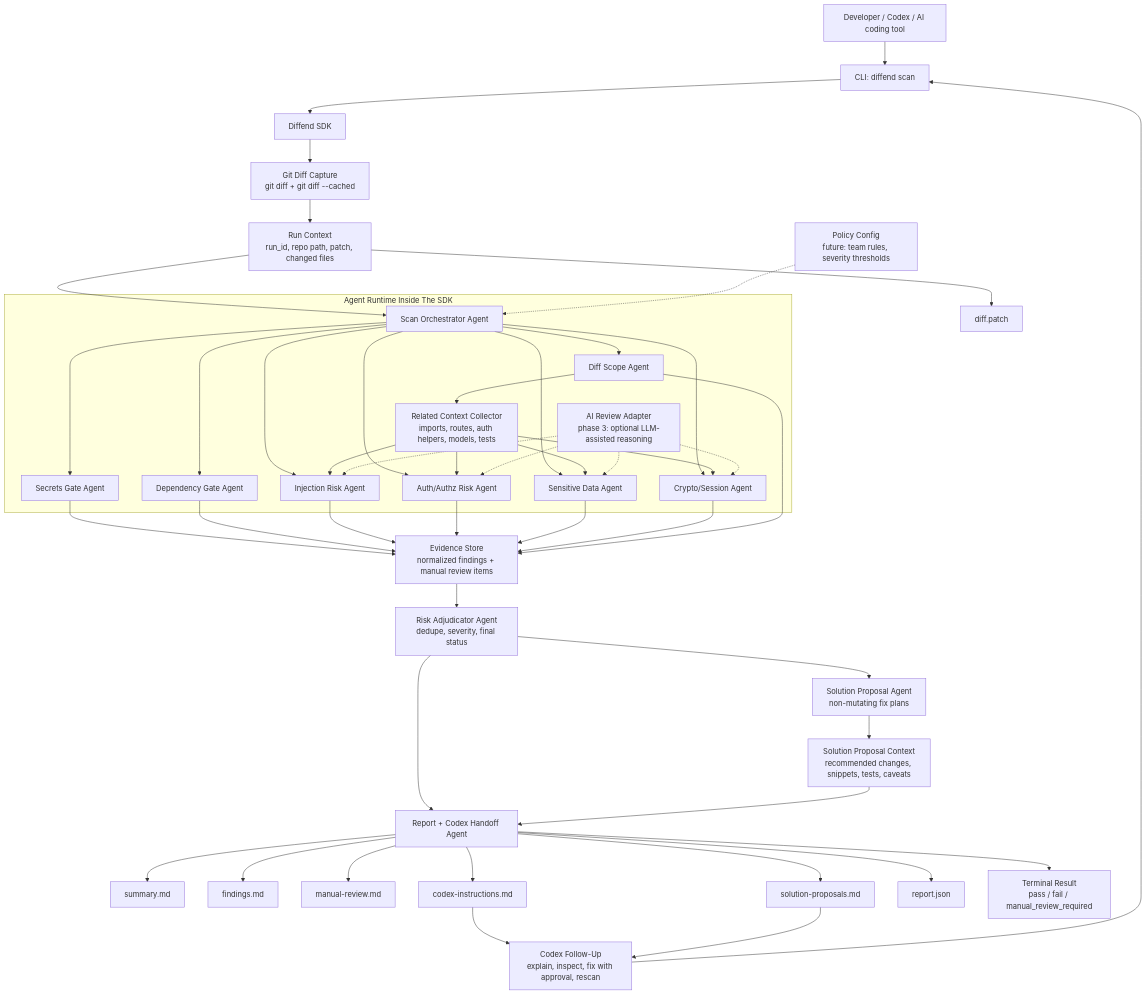
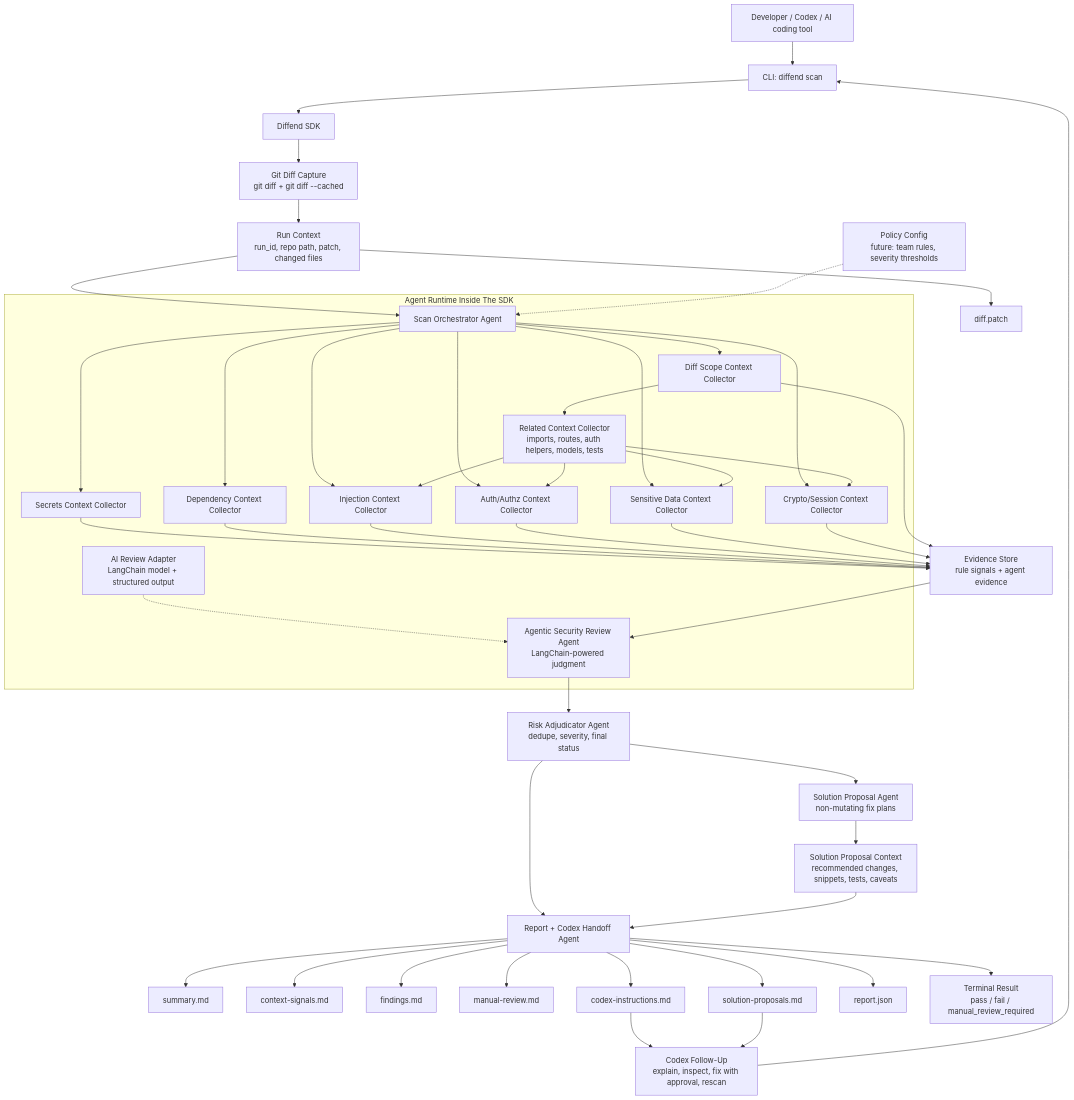
The first of 2 diagrams in README.md (VietToan210904/diffend), drawn with Mermaid before and after one commit. The commit also changed other lines of this file, not shown here.

````diff
--- a/README.md
+++ b/README.md
@@ -48,59 +49,58 @@
 ```mermaid
 flowchart TD
   Developer["Developer / Codex / AI coding tool"] --> CLI["CLI: diffend scan"]
   CLI --> SDK["Diffend SDK"]
 
   SDK --> DiffCapture["Git Diff Capture<br/>git diff + git diff --cached"]
   DiffCapture --> RunContext["Run Context<br/>run_id, repo path, patch, changed files"]
   RunContext --> PatchFile["diff.patch"]
   RunContext --> Orchestrator["Scan Orchestrator Agent"]
 
   Config["Policy Config<br/>future: team rules, severity thresholds"] -.-> Orchestrator
 
   subgraph Runtime["Agent Runtime Inside The SDK"]
-    Orchestrator --> Scope["Diff Scope Agent"]
-    Orchestrator --> Secrets["Secrets Gate Agent"]
-    Orchestrator --> Dependencies["Dependency Gate Agent"]
-    Orchestrator --> Injection["Injection Risk Agent"]
-    Orchestrator --> Authz["Auth/Authz Risk Agent"]
-    Orchestrator --> SensitiveData["Sensitive Data Agent"]
-    Orchestrator --> CryptoSession["Crypto/Session Agent"]
+    Orchestrator --> Scope["Diff Scope Context Collector"]
+    Orchestrator --> Secrets["Secrets Context Collector"]
+    Orchestrator --> Dependencies["Dependency Context Collector"]
+    Orchestrator --> Injection["Injection Context Collector"]
+    Orchestrator --> Authz["Auth/Authz Context Collector"]
+    Orchestrator --> SensitiveData["Sensitive Data Context Collector"]
+    Orchestrator --> CryptoSession["Crypto/Session Context Collector"]
 
     Scope --> RelatedContext["Related Context Collector<br/>imports, routes, auth helpers, models, tests"]
     RelatedContext --> Injection
     RelatedContext --> Authz
     RelatedContext --> SensitiveData
     RelatedContext --> CryptoSession
 
-    AIAdapter["AI Review Adapter<br/>phase 3: optional LLM-assisted reasoning"] -.-> Injection
-    AIAdapter -.-> Authz
-    AIAdapter -.-> SensitiveData
-    AIAdapter -.-> CryptoSession
+    AIAdapter["AI Review Adapter<br/>LangChain model + structured output"] -.-> AgenticReview
   end
 
-  Secrets --> EvidenceStore["Evidence Store<br/>normalized findings + manual review items"]
+  Secrets --> EvidenceStore["Evidence Store<br/>rule signals + agent evidence"]
   Dependencies --> EvidenceStore
   Injection --> EvidenceStore
   Authz --> EvidenceStore
   SensitiveData --> EvidenceStore
   CryptoSession --> EvidenceStore
   Scope --> EvidenceStore
 
-  EvidenceStore --> Adjudicator["Risk Adjudicator Agent<br/>dedupe, severity, final status"]
+  EvidenceStore --> AgenticReview["Agentic Security Review Agent<br/>LangChain-powered judgment"]
+  AgenticReview --> Adjudicator["Risk Adjudicator Agent<br/>dedupe, severity, final status"]
   Adjudicator --> SolutionProposal["Solution Proposal Agent<br/>non-mutating fix plans"]
   SolutionProposal --> ProposalContext["Solution Proposal Context<br/>recommended changes, snippets, tests, caveats"]
   Adjudicator --> Reporter["Report + Codex Handoff Agent"]
   ProposalContext --> Reporter
 
   Reporter --> Summary["summary.md"]
+  Reporter --> ContextSignals["context-signals.md"]
   Reporter --> Findings["findings.md"]
   Reporter --> Manual["manual-review.md"]
   Reporter --> Solutions["solution-proposals.md"]
   Reporter --> CodexInstructions["codex-instructions.md"]
   Reporter --> JsonReport["report.json"]
   Reporter --> Terminal["Terminal Result<br/>pass / fail / manual_review_required"]
 
   CodexInstructions --> FollowUp["Codex Follow-Up<br/>explain, inspect, fix with approval, rescan"]
   Solutions --> FollowUp
   FollowUp --> CLI
 ```
````
